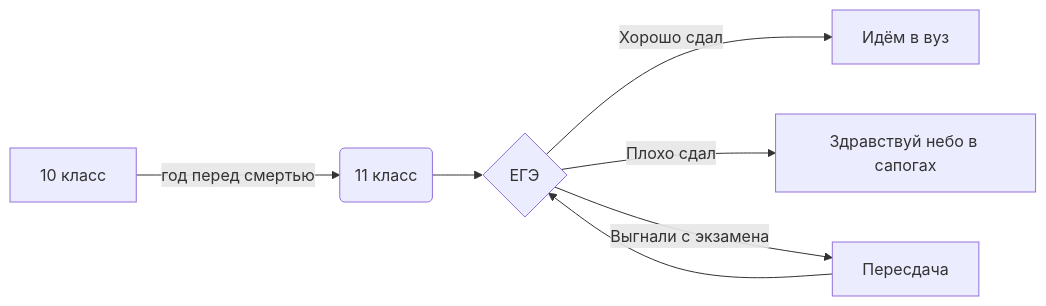
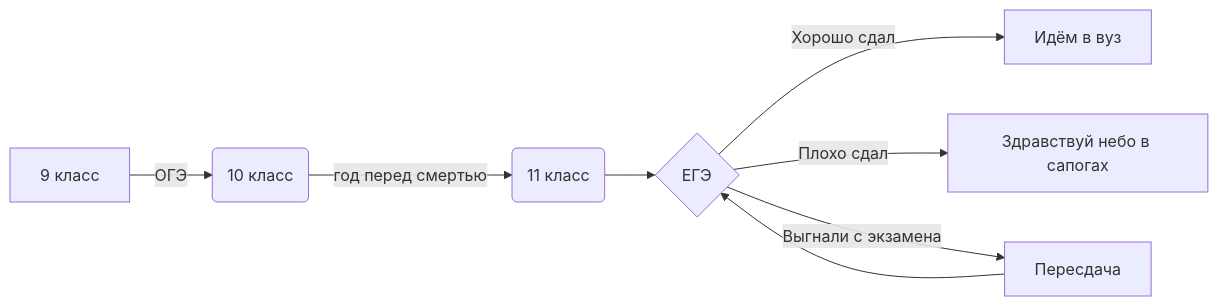
One commit to VladOsIkkkk/Reposit142 changed the diagram in README.md. Above: the diagram before and after it, drawn with Mermaid.

````diff
--- a/README.md
+++ b/README.md
@@ -39,10 +39,11 @@
 ```mermaid
 flowchart LR
 
-A[10 класс] -->|год перед смертью| B(11 класс)
+G[9 класс] -->|ОГЭ| A(10 класс)
+A -->|год перед смертью| B(11 класс)
 B --> C{ЕГЭ}
 C -->|Хорошо сдал| D[Идём в вуз]
 C -->|Плохо сдал| E[Здравствуй небо в сапогах]
 C -->|Выгнали с экзамена| F[Пересдача]
 F --> C{ЕГЭ}
 ```
````
